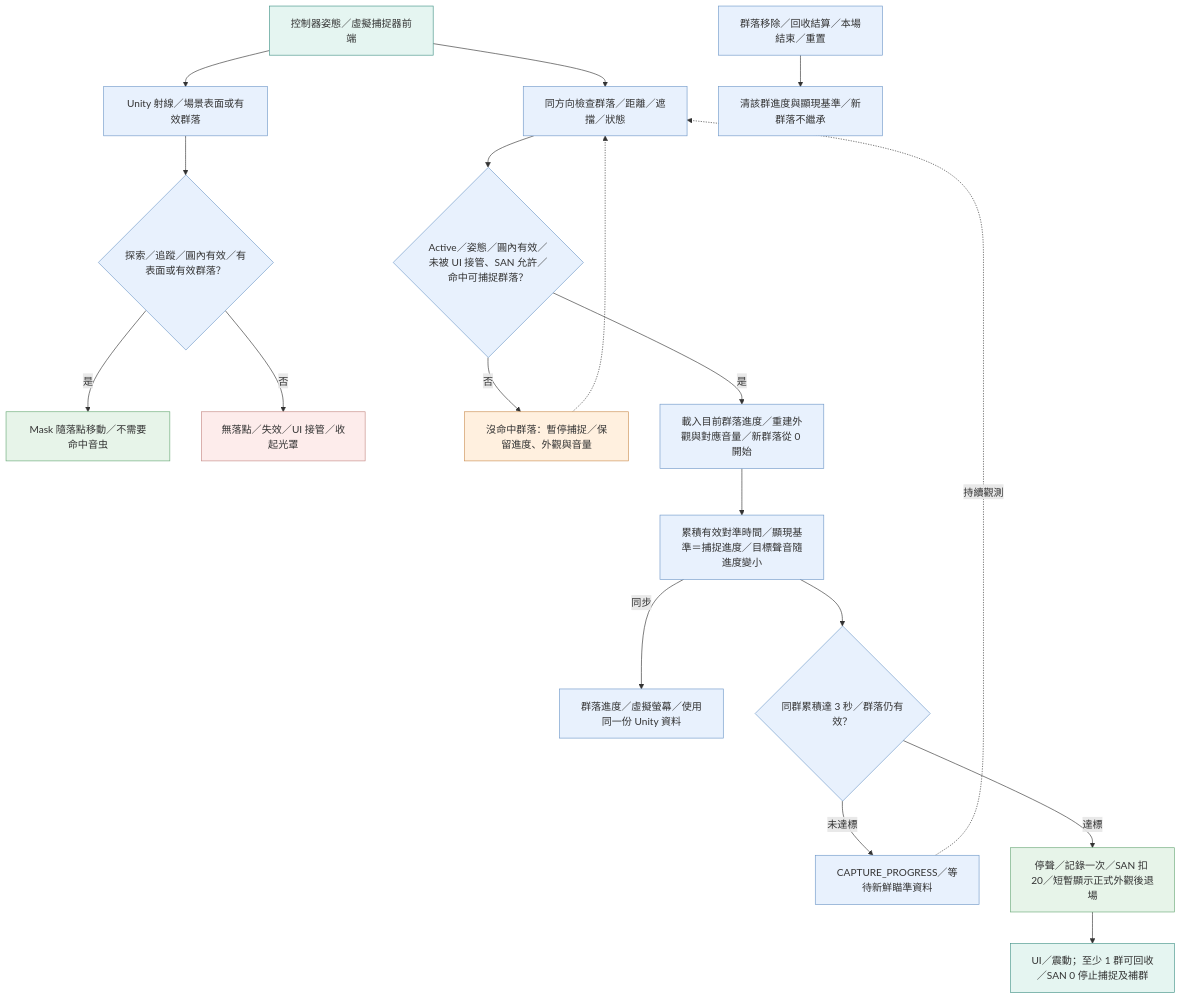
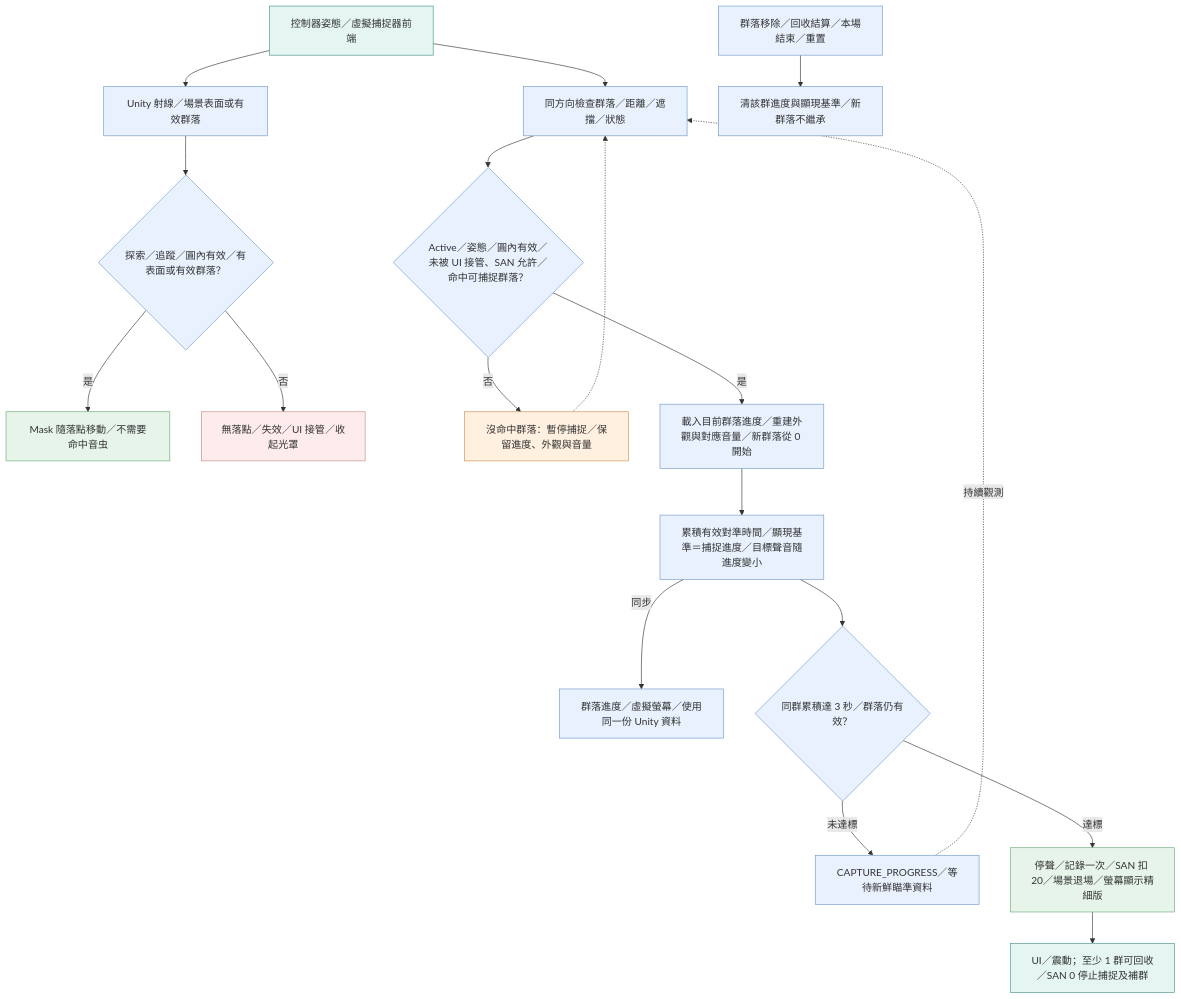
One commit to fengyenchia/dctProject changed the diagram in docs/docs_vr/assets/技術流程圖/02.mmd. Above: the diagram before and after it, drawn with Mermaid. The commit also changed 56 other files, not shown here.

```diff
--- a/docs/docs_vr/assets/技術流程圖/02.mmd
+++ b/docs/docs_vr/assets/技術流程圖/02.mmd
@@ -1,52 +1,52 @@
 flowchart TD
   pose["控制器姿態／虛擬捕捉器前端"]
   surfaceRay["Unity 射線／場景表面或有效群落"]
   surfaceValid{"探索／追蹤／圓內有效／有表面或有效群落？"}
   mask["Mask 隨落點移動／不需要命中音虫"]
   hideMask["無落點／失效／UI 接管／收起光罩"]
   targetRay["同方向檢查群落／距離／遮擋／狀態"]
   valid{"Active／姿態／圓內有效／未被 UI 接管、SAN 允許／命中可捕捉群落？"}
   pause["沒命中群落：暫停捕捉／保留進度、外觀與音量"]
   load["載入目前群落進度／重建外觀與對應音量／新群落從 0 開始"]
   progress["累積有效對準時間／顯現基準＝捕捉進度／目標聲音隨進度變小"]
   ui["群落進度／虛擬螢幕／使用同一份 Unity 資料"]
   time{"同群累積達 3 秒／群落仍有效？"}
   update["CAPTURE_PROGRESS／等待新鮮瞄準資料"]
-  commit["停聲／記錄一次／SAN 扣 20／短暫顯示正式外觀後退場"]
+  commit["停聲／記錄一次／SAN 扣 20／場景退場／螢幕顯示精細版"]
   feedback["UI／震動；至少 1 群可回收／SAN 0 停止捕捉及補群"]
   ended["群落移除／回收結算／本場結束／重置"]
   clear["清該群進度與顯現基準／新群落不繼承"]
   pose --> surfaceRay
   surfaceRay --> surfaceValid
   surfaceValid -->|"是"| mask
   surfaceValid -->|"否"| hideMask
   pose --> targetRay
   targetRay --> valid
   valid -->|"是"| load
   valid -->|"否"| pause
   pause -.-> targetRay
   load --> progress
   progress -->|"同步"| ui
   progress --> time
   time -->|"未達標"| update
   update -.->|"持續觀測"| targetRay
   time -->|"達標"| commit
   commit --> feedback
   ended --> clear
   style pose fill:#e5f5f1,stroke:#459489
   style surfaceRay fill:#e8f1fd,stroke:#7099c9
   style surfaceValid fill:#e8f1fd,stroke:#7099c9
   style mask fill:#e7f4e9,stroke:#69a977
   style hideMask fill:#fdeceb,stroke:#c58b86
   style targetRay fill:#e8f1fd,stroke:#7099c9
   style valid fill:#e8f1fd,stroke:#7099c9
   style pause fill:#fff0df,stroke:#cc9154
   style load fill:#e8f1fd,stroke:#7099c9
   style progress fill:#e8f1fd,stroke:#7099c9
   style ui fill:#e8f1fd,stroke:#7099c9
   style time fill:#e8f1fd,stroke:#7099c9
   style update fill:#e8f1fd,stroke:#7099c9
   style commit fill:#e7f4e9,stroke:#69a977
   style feedback fill:#e5f5f1,stroke:#459489
   style ended fill:#e8f1fd,stroke:#7099c9
   style clear fill:#e8f1fd,stroke:#7099c9
```
